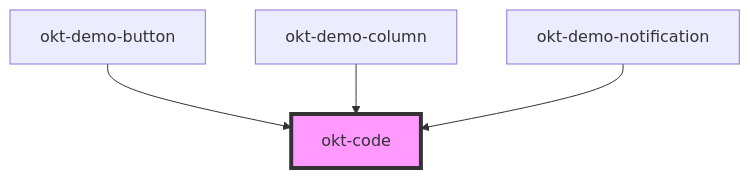
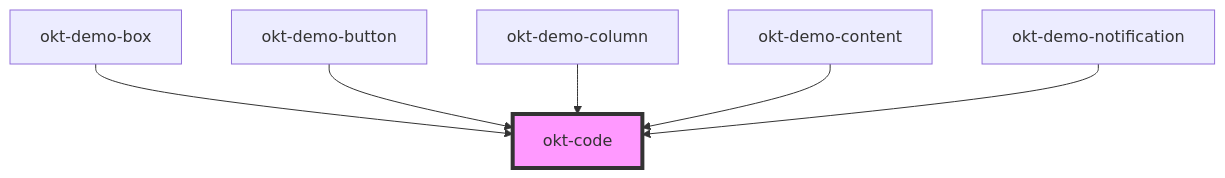
One commit to oktopusdgtl/bulma-components changed the diagram in src/components/code/readme.md. Above: the diagram before and after it, drawn with Mermaid. The commit also changed other lines of this file and 12 other files, not shown here.

````diff
--- a/src/components/code/readme.md
+++ b/src/components/code/readme.md
@@ -17,7 +19,9 @@
 ```mermaid
 graph TD;
+  okt-demo-box --> okt-code
   okt-demo-button --> okt-code
   okt-demo-column --> okt-code
+  okt-demo-content --> okt-code
   okt-demo-notification --> okt-code
   style okt-code fill:#f9f,stroke:#333,stroke-width:4px
 ```
````
